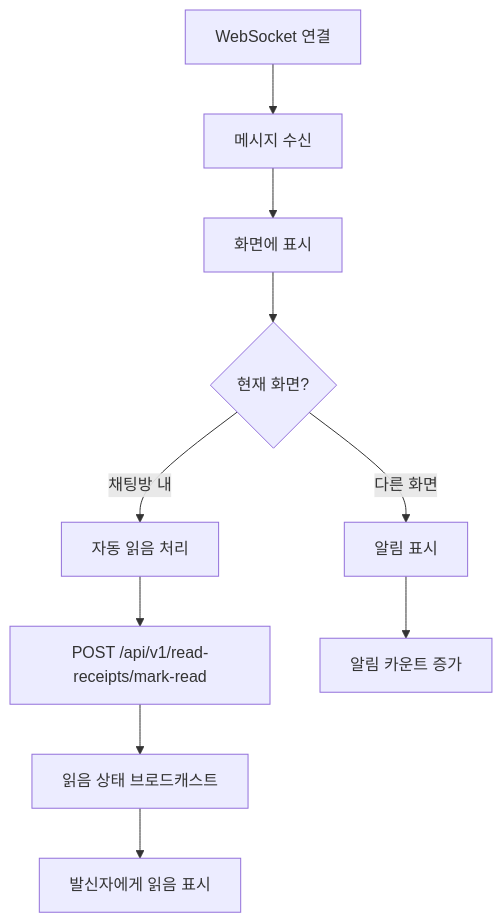
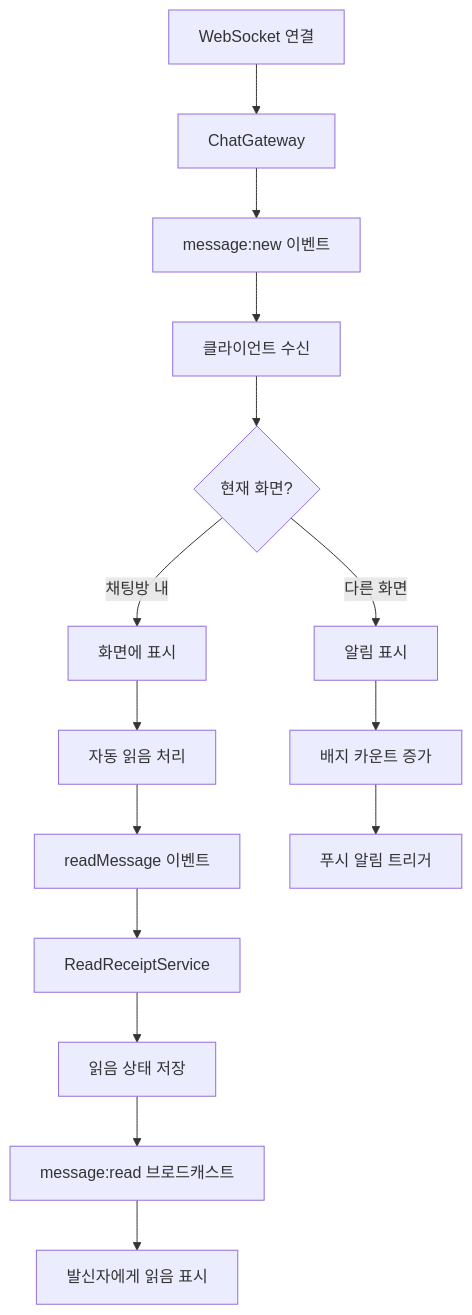
One commit to maximizest/connecto-nest changed the sixth of 34 diagrams in .md/flow.md. Above: the diagram before and after it, drawn with Mermaid. The commit also changed other lines of this file and 2 other files, not shown here.

Commit message:
관리자 및 조정 기능 문서 업데이트: Admin 엔티티를 User 엔티티의 role로 통합하고, 관련 API 엔드포인트를 Moderation 섹션으로 이동하여 사용자 차단 및 벤 기능을 명확히 설명함. WebSocket 서비스 아키텍처와 Rate Limiting 시스템을 추가하여 실시간 통신 및 사용자 관리 기능을 강화함.

````diff
--- a/.md/flow.md
+++ b/.md/flow.md
@@ -238,15 +241,23 @@
 ```mermaid
 graph TD
-    A[WebSocket 연결] --> B[메시지 수신]
-    B --> C[화면에 표시]
-
-    C --> D{현재 화면?}
-    D -->|채팅방 내| E[자동 읽음 처리]
-    D -->|다른 화면| F[알림 표시]
-
-    E --> G[POST /api/v1/read-receipts/mark-read]
-    F --> H[알림 카운트 증가]
-
-    G --> I[읽음 상태 브로드캐스트]
-    I --> J[발신자에게 읽음 표시]
+    A[WebSocket 연결] --> B[ChatGateway]
+    B --> C[message:new 이벤트]
+    
+    C --> D[클라이언트 수신]
+    D --> E{현재 화면?}
+    
+    E -->|채팅방 내| F[화면에 표시]
+    E -->|다른 화면| G[알림 표시]
+    
+    F --> H[자동 읽음 처리]
+    H --> I[readMessage 이벤트]
+    
+    I --> J[ReadReceiptService]
+    J --> K[읽음 상태 저장]
+    
+    K --> L[message:read 브로드캐스트]
+    L --> M[발신자에게 읽음 표시]
+    
+    G --> N[배지 카운트 증가]
+    N --> O[푸시 알림 트리거]
 ```
````
